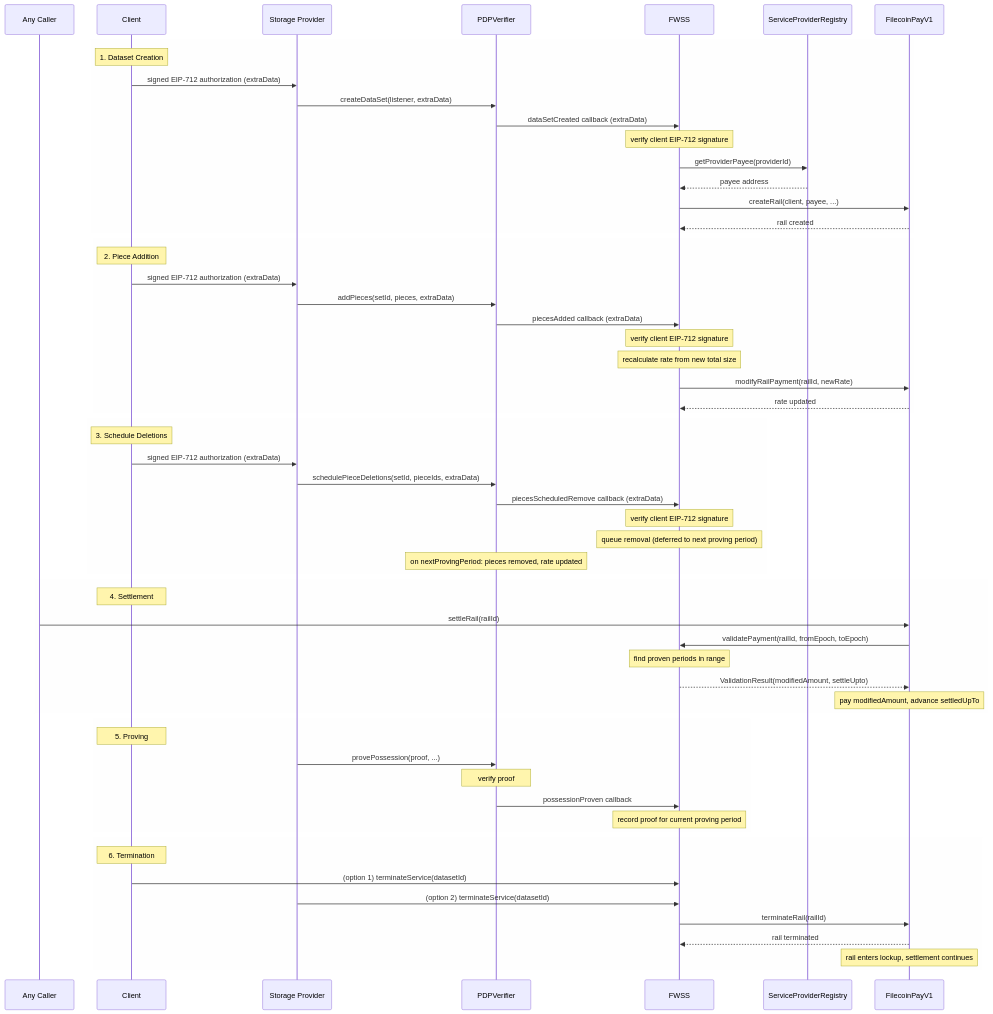
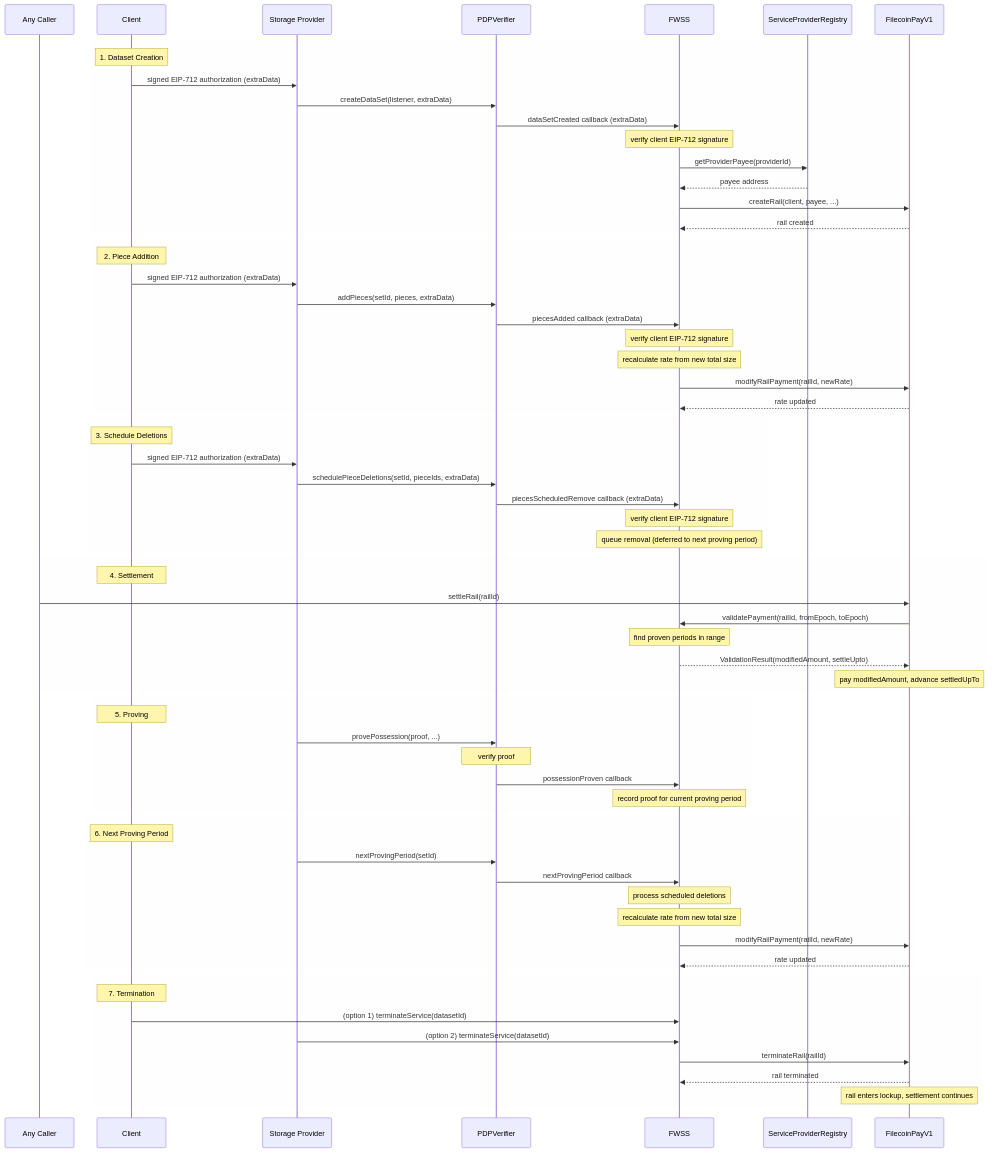
One commit to FilOzone/filecoin-services changed the second of 2 diagrams in SPEC.md. Above: the diagram before and after it, drawn with Mermaid.

Commit message:
docs: add nextProvingPeriod flow to data flow diagram
Add flow 6 (Next Proving Period) showing SP calling
PDPVerifier.nextProvingPeriod, which triggers FWSS to process
scheduled deletions and recalculate the payment rate. Clean up
Schedule Deletions flow to only show the queuing step.

````diff
--- a/SPEC.md
+++ b/SPEC.md
@@ -301,69 +301,78 @@
 ```mermaid
 sequenceDiagram
   participant Caller as Any Caller
   participant Client
   participant SP as Storage Provider
   participant PDPVerifier
   participant FWSS
   participant ServiceProviderRegistry
   participant FilecoinPayV1
 
   rect rgba(248, 248, 248, 0.2)
     Note over Client: 1. Dataset Creation
     Client->>SP: signed EIP-712 authorization (extraData)
     SP->>PDPVerifier: createDataSet(listener, extraData)
     PDPVerifier->>FWSS: dataSetCreated callback (extraData)
     Note over FWSS: verify client EIP-712 signature
     FWSS->>ServiceProviderRegistry: getProviderPayee(providerId)
     ServiceProviderRegistry-->>FWSS: payee address
     FWSS->>FilecoinPayV1: createRail(client, payee, ...)
     FilecoinPayV1-->>FWSS: rail created
   end
 
   rect rgba(248, 248, 248, 0.2)
     Note over Client: 2. Piece Addition
     Client->>SP: signed EIP-712 authorization (extraData)
     SP->>PDPVerifier: addPieces(setId, pieces, extraData)
     PDPVerifier->>FWSS: piecesAdded callback (extraData)
     Note over FWSS: verify client EIP-712 signature
     Note over FWSS: recalculate rate from new total size
     FWSS->>FilecoinPayV1: modifyRailPayment(railId, newRate)
     FilecoinPayV1-->>FWSS: rate updated
   end
 
   rect rgba(248, 248, 248, 0.2)
     Note over Client: 3. Schedule Deletions
     Client->>SP: signed EIP-712 authorization (extraData)
     SP->>PDPVerifier: schedulePieceDeletions(setId, pieceIds, extraData)
     PDPVerifier->>FWSS: piecesScheduledRemove callback (extraData)
     Note over FWSS: verify client EIP-712 signature
     Note over FWSS: queue removal (deferred to next proving period)
-    Note over PDPVerifier: on nextProvingPeriod: pieces removed, rate updated
   end
 
   rect rgba(248, 248, 248, 0.2)
     Note over Client: 4. Settlement
     Caller->>FilecoinPayV1: settleRail(railId)
     FilecoinPayV1->>FWSS: validatePayment(railId, fromEpoch, toEpoch)
     Note over FWSS: find proven periods in range
     FWSS-->>FilecoinPayV1: ValidationResult(modifiedAmount, settleUpto)
     Note over FilecoinPayV1: pay modifiedAmount, advance settledUpTo
   end
 
   rect rgba(248, 248, 248, 0.2)
     Note over Client: 5. Proving
     SP->>PDPVerifier: provePossession(proof, ...)
     Note over PDPVerifier: verify proof
     PDPVerifier->>FWSS: possessionProven callback
     Note over FWSS: record proof for current proving period
   end
 
   rect rgba(248, 248, 248, 0.2)
-    Note over Client: 6. Termination
+    Note over Client: 6. Next Proving Period
+    SP->>PDPVerifier: nextProvingPeriod(setId)
+    PDPVerifier->>FWSS: nextProvingPeriod callback
+    Note over FWSS: process scheduled deletions
+    Note over FWSS: recalculate rate from new total size
+    FWSS->>FilecoinPayV1: modifyRailPayment(railId, newRate)
+    FilecoinPayV1-->>FWSS: rate updated
+  end
+
+  rect rgba(248, 248, 248, 0.2)
+    Note over Client: 7. Termination
     Client->>FWSS: (option 1) terminateService(datasetId)
     SP->>FWSS: (option 2) terminateService(datasetId)
     FWSS->>FilecoinPayV1: terminateRail(railId)
     FilecoinPayV1-->>FWSS: rail terminated
     Note over FilecoinPayV1: rail enters lockup, settlement continues
   end
 ```
````
